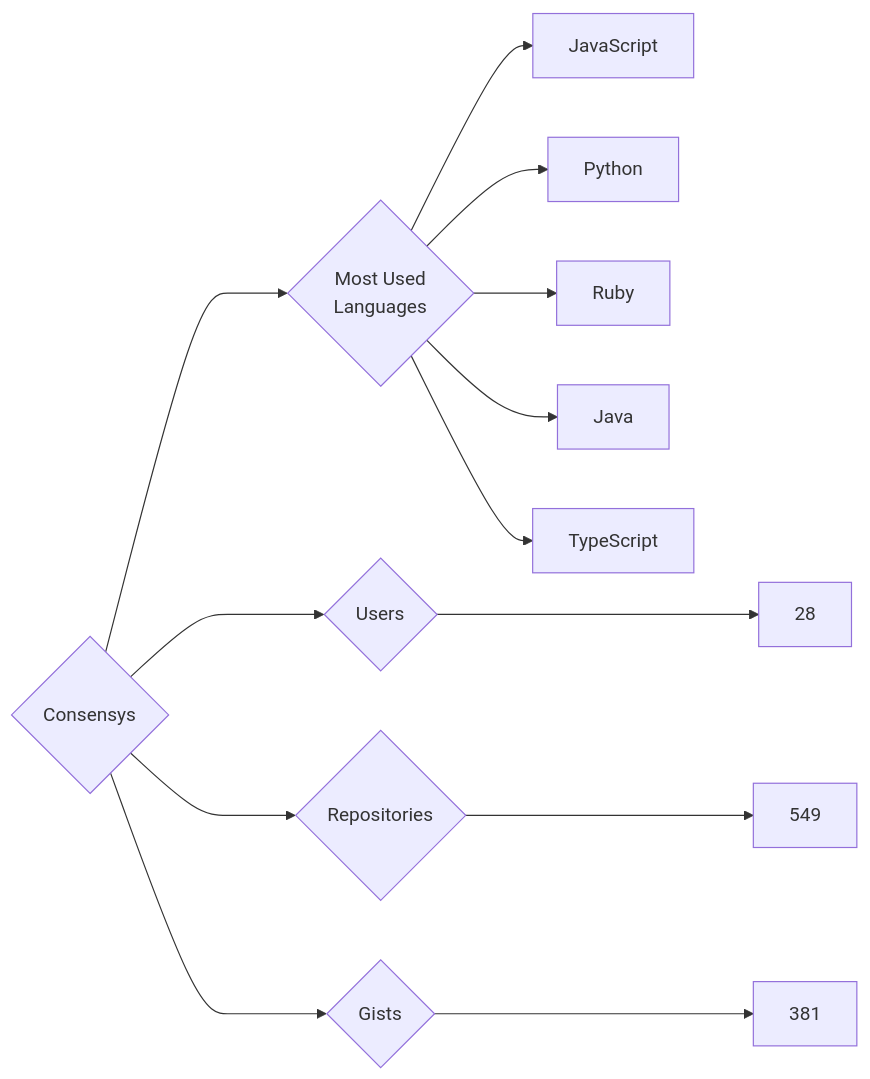
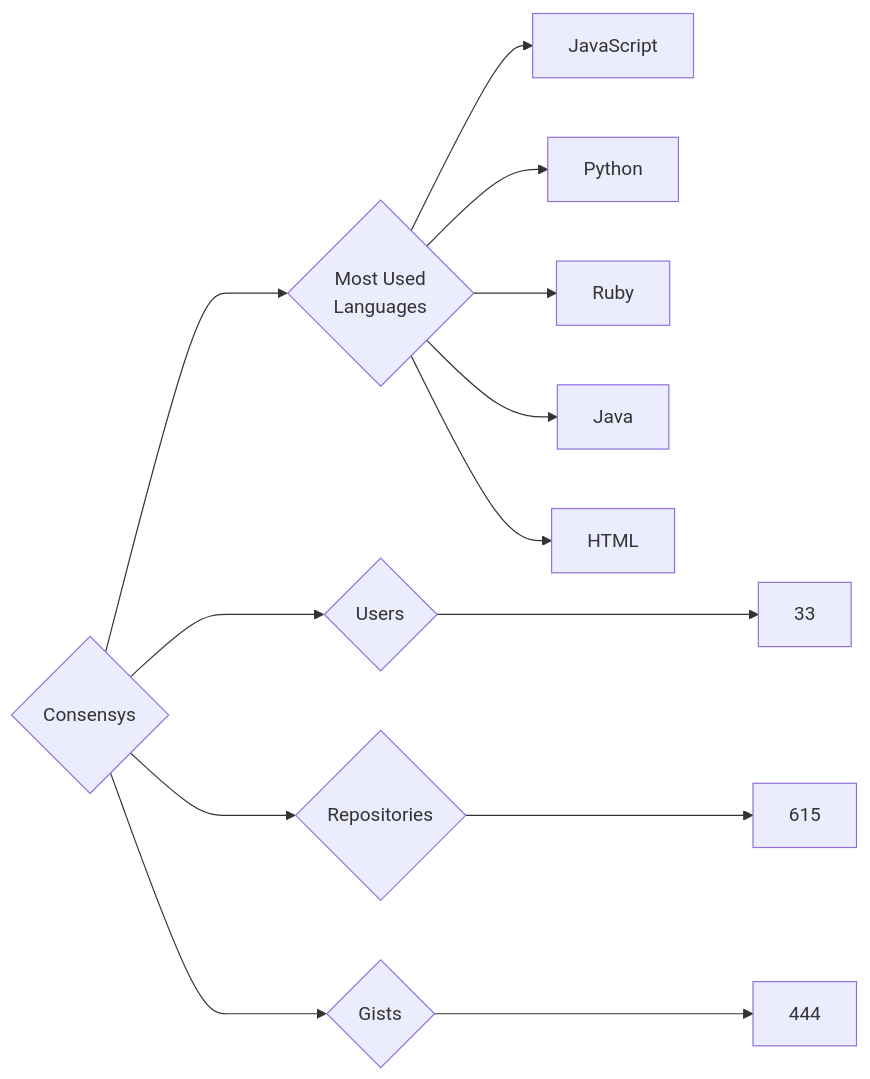
Before and after one commit to trickest/insiders: the diagram in targets/Consensys/README.md, drawn with Mermaid. The commit also changed 924 other files, not shown here.

````diff
--- a/targets/Consensys/README.md
+++ b/targets/Consensys/README.md
@@ -3,13 +3,13 @@
 ```mermaid
 graph LR
 COMPANY_NAME{Consensys}
-COMPANY_NAME ---> U{Users} ---> UN[28]
-COMPANY_NAME ---> R{Repositories} ---> RN[549]
-COMPANY_NAME ---> G{Gists} ---> GN[381]
+COMPANY_NAME ---> U{Users} ---> UN[33]
+COMPANY_NAME ---> R{Repositories} ---> RN[615]
+COMPANY_NAME ---> G{Gists} ---> GN[444]
 COMPANY_NAME ---> ML{Most Used<br>Languages}
 ML --> JavaScript[JavaScript]
 ML --> Python[Python]
 ML --> Ruby[Ruby]
 ML --> Java[Java]
-ML --> TypeScript[TypeScript]
+ML --> HTML[HTML]
 ```
````
